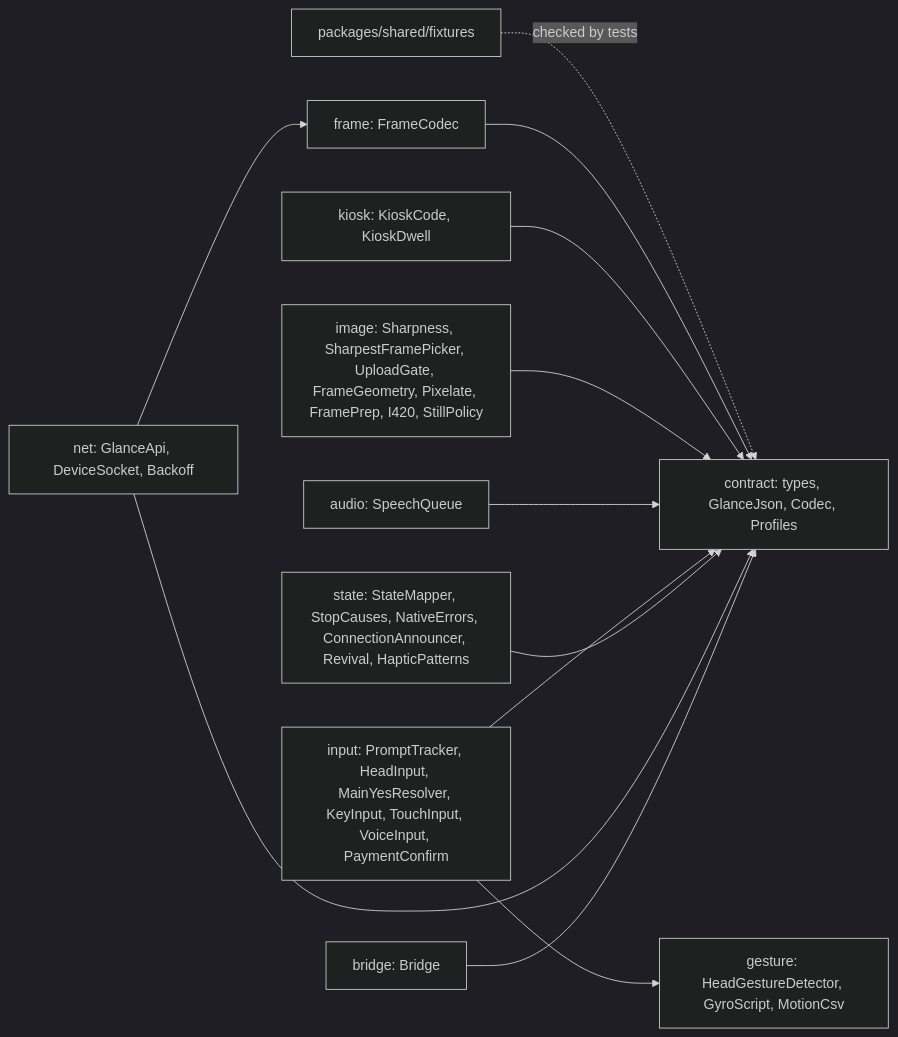
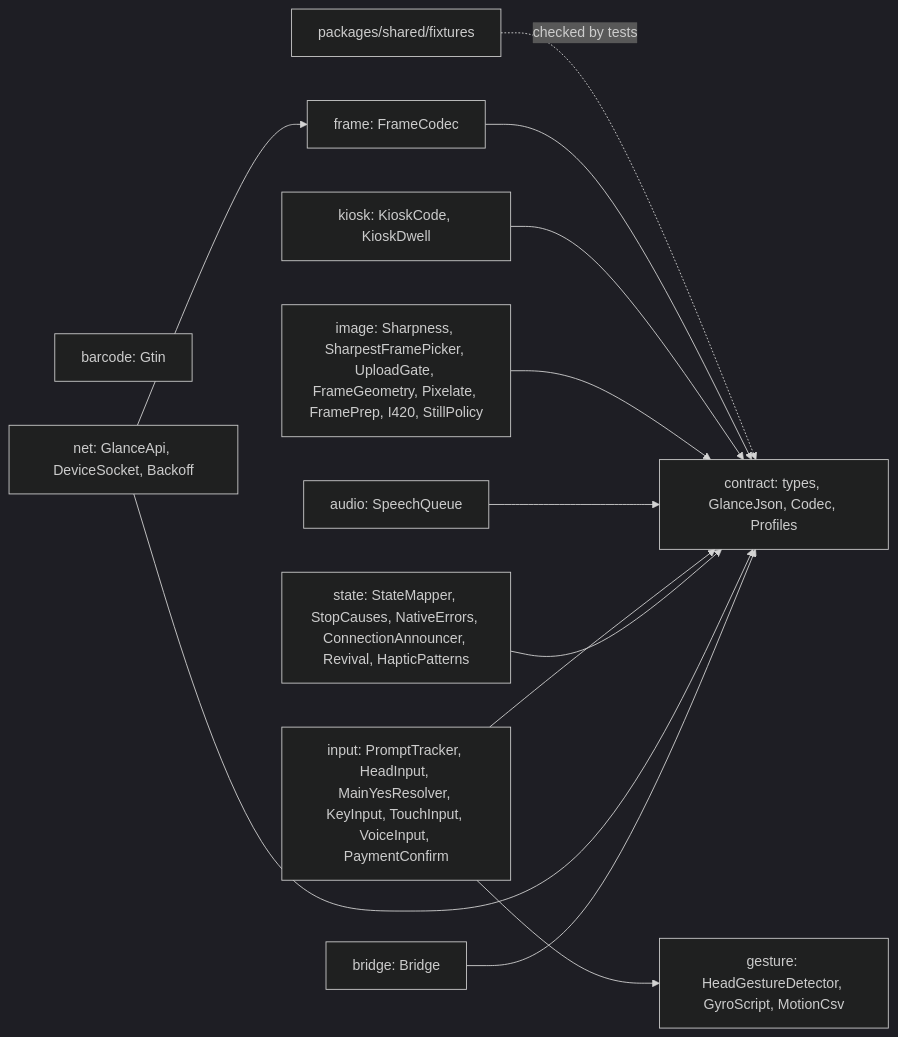
One commit to mrBymax/glance changed the fourth of 5 diagrams in apps/mobile/android/README.md. Above: the diagram before and after it, drawn with Mermaid (dark theme). The commit also changed other lines of this file and 2 other files, not shown here.

Commit message:
feat(android): add the GTIN rules and the codes of an OCR text

````diff
--- a/apps/mobile/android/README.md
+++ b/apps/mobile/android/README.md
@@ -183,16 +183,17 @@
 ```mermaid
 flowchart LR
     Fixtures[packages/shared/fixtures] -. checked by tests .-> Contract
     Contract[contract: types, GlanceJson, Codec, Profiles]
     Frame[frame: FrameCodec] --> Contract
     Kiosk[kiosk: KioskCode, KioskDwell] --> Contract
+    Barcode[barcode: Gtin]
     Image[image: Sharpness, SharpestFramePicker, UploadGate, FrameGeometry, Pixelate, FramePrep, I420, StillPolicy] --> Contract
     Gesture[gesture: HeadGestureDetector, GyroScript, MotionCsv]
     Audio[audio: SpeechQueue] --> Contract
     Input[input: PromptTracker, HeadInput, MainYesResolver, KeyInput, TouchInput, VoiceInput, PaymentConfirm] --> Contract
     Input --> Gesture
     State[state: StateMapper, StopCauses, NativeErrors, ConnectionAnnouncer, Revival, HapticPatterns] --> Contract
     Net[net: GlanceApi, DeviceSocket, Backoff] --> Contract
     Net --> Frame
     BridgeText[bridge: Bridge] --> Contract
 ```
````
